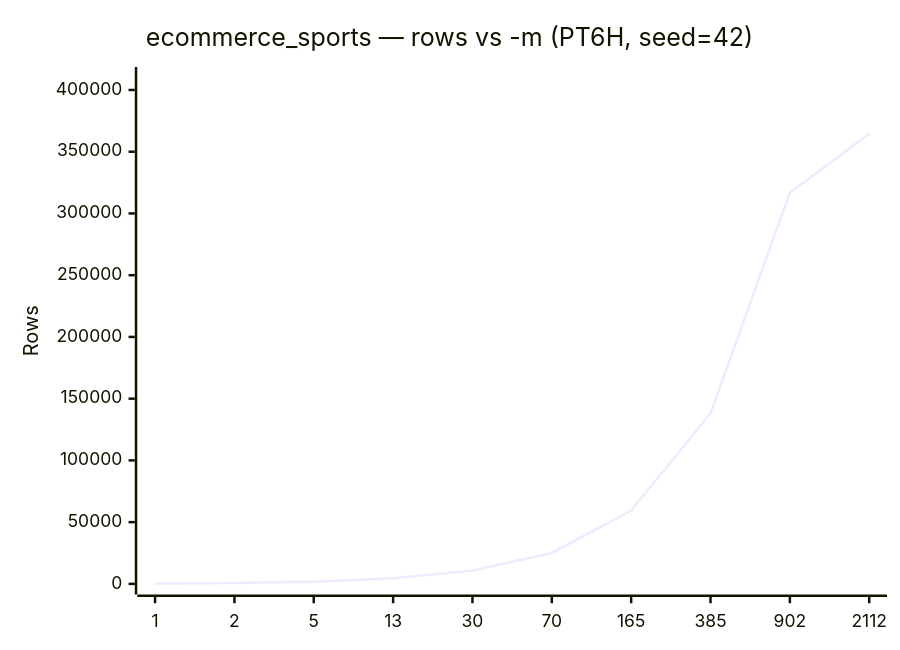
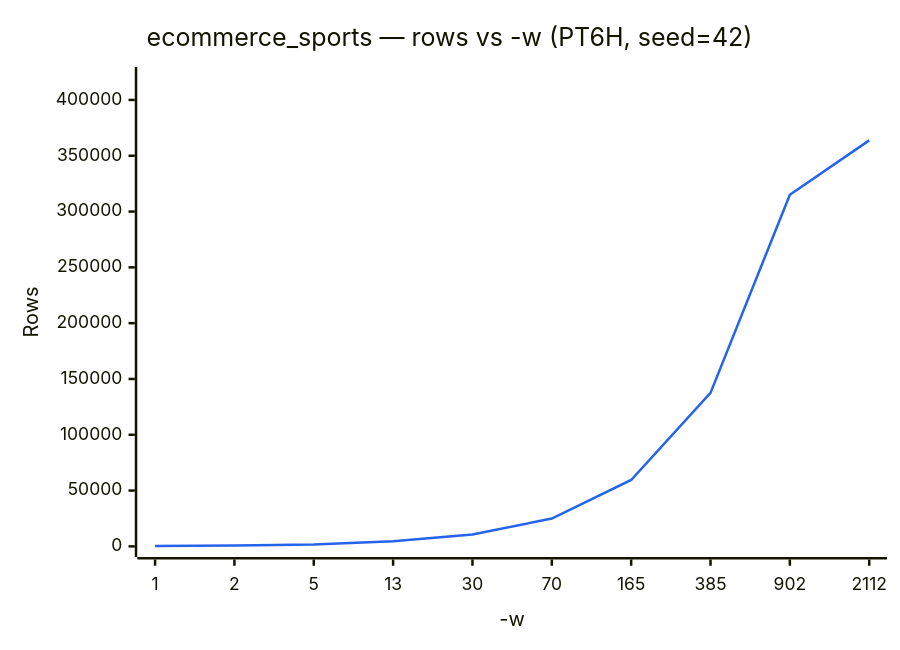
One commit to implydata/imply-eventgenerator changed the fifth of 5 diagrams in docs/presets/ecommerce_sports.md. Above: the diagram before and after it, drawn with Mermaid. The commit also changed other lines of this file and 3 other files, not shown here.

First line of the commit message:
Bring ecommerce_gifts/sports up to date with main's ecommerce siblings

````diff
--- a/docs/presets/ecommerce_sports.md
+++ b/docs/presets/ecommerce_sports.md
@@ -199,7 +189,8 @@
 ```mermaid
+%%{init: {'themeVariables': {'xyChart': {'plotColorPalette': '#2563eb'}}}}%%
 xychart-beta
-    title "ecommerce_sports — rows vs -m (PT6H, seed=42)"
-    x-axis [1, 2, 5, 13, 30, 70, 165, 385, 902, 2112]
-    y-axis "Rows" 0 --> 410000
-    line [389, 703, 1786, 4634, 10721, 25028, 59322, 138077, 316769, 364442]
+    title "ecommerce_sports — rows vs -w (PT6H, seed=42)"
+    x-axis "-w" [1, 2, 5, 13, 30, 70, 165, 385, 902, 2112]
+    y-axis "Rows" 0 --> 420000
+    line [387, 719, 1761, 4632, 10683, 24926, 59483, 137493, 315104, 363774]
 ```
````
